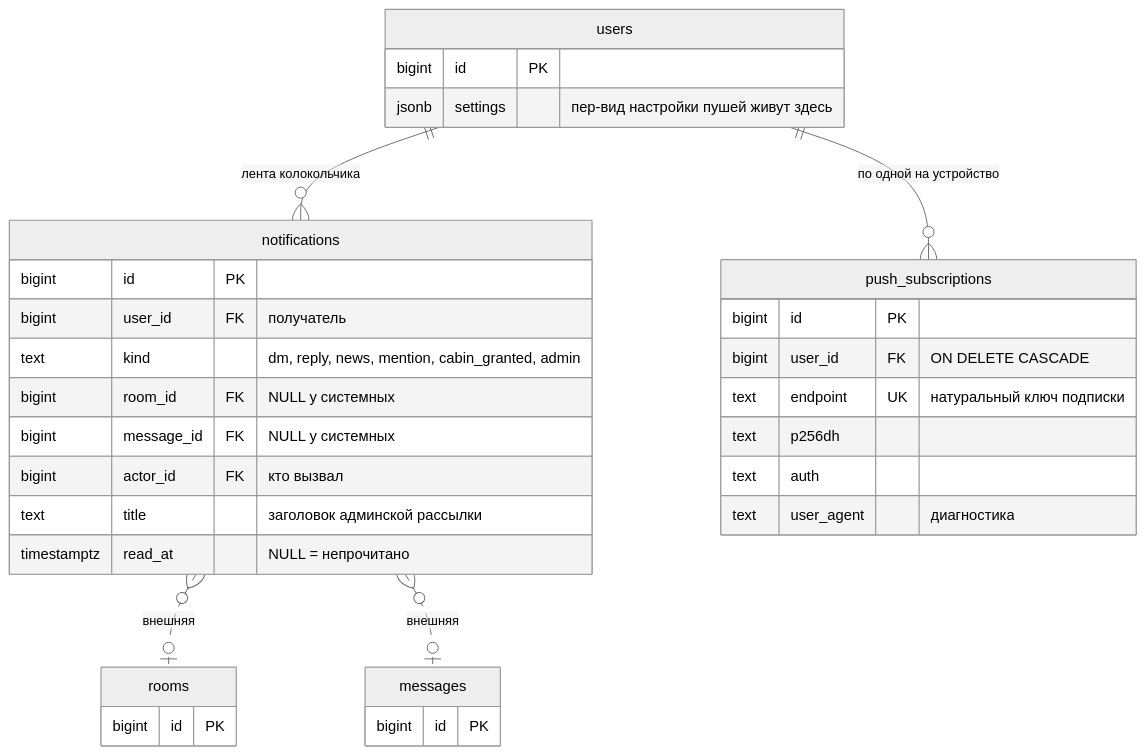
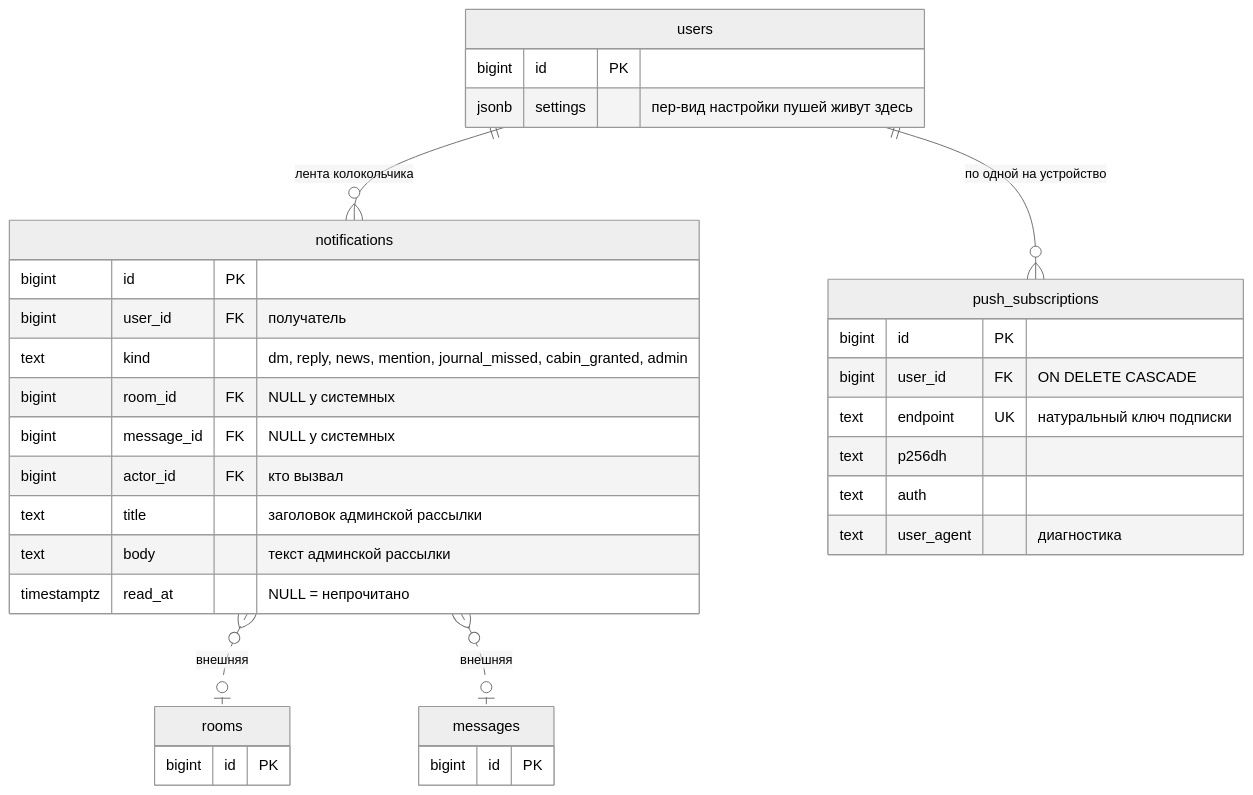
The ninth of 20 diagrams in docs/ARCHITECTURE.md (code-tamer3000/argonautica-platfrorm), drawn with Mermaid (neutral theme) before and after one commit. The commit also changed other lines of this file, not shown here.

First line of the commit message:
docs: синхронизировать ARCHITECTURE.md с реальностью бэкенда

````diff
--- a/docs/ARCHITECTURE.md
+++ b/docs/ARCHITECTURE.md
@@ -495,36 +619,37 @@
 ```mermaid
 erDiagram
     notifications {
         bigint id PK
         bigint user_id FK "получатель"
-        text kind "dm, reply, news, mention, cabin_granted, admin"
+        text kind "dm, reply, news, mention, journal_missed, cabin_granted, admin"
         bigint room_id FK "NULL у системных"
         bigint message_id FK "NULL у системных"
         bigint actor_id FK "кто вызвал"
         text title "заголовок админской рассылки"
+        text body "текст админской рассылки"
         timestamptz read_at "NULL = непрочитано"
     }
     push_subscriptions {
         bigint id PK
         bigint user_id FK "ON DELETE CASCADE"
         text endpoint UK "натуральный ключ подписки"
         text p256dh
         text auth
         text user_agent "диагностика"
     }
     users {
         bigint id PK
         jsonb settings "пер-вид настройки пушей живут здесь"
     }
     rooms {
         bigint id PK
     }
     messages {
         bigint id PK
     }
 
     users ||--o{ notifications : "лента колокольчика"
     users ||--o{ push_subscriptions : "по одной на устройство"
     notifications }o..o| rooms : "внешняя"
     notifications }o..o| messages : "внешняя"
 ```
````
